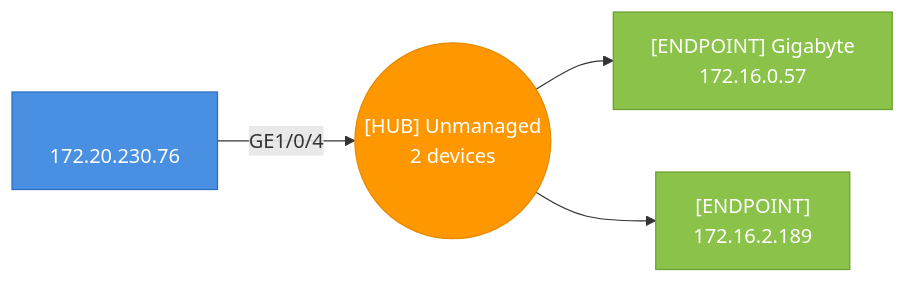
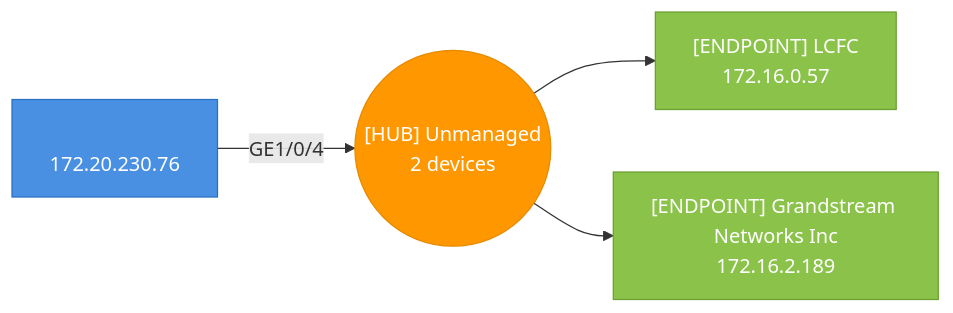
The fifth of 51 diagrams in testdata/golden/audit_esxi_sections.md (djamic/LLDP-Skanner-Go), drawn with Mermaid before and after one commit. The commit also changed other lines of this file and 16 other files, not shown here.

````diff
--- a/testdata/golden/audit_esxi_sections.md
+++ b/testdata/golden/audit_esxi_sections.md
@@ -127,14 +104,14 @@
 ```mermaid
 graph LR
   hub_4caea38decc1_p4(("[HUB] Unmanaged<br>2 devices"))
   4caea38decc1["<br>172.20.230.76"]
   4caea38decc1-- "GE1/0/4" -->hub_4caea38decc1_p4
   style 4caea38decc1 fill:#4A90E2,stroke:#2A6FC2,color:#fff
-  902e169d3d37["[ENDPOINT] Gigabyte<br>172.16.0.57"]
+  902e169d3d37["[ENDPOINT] LCFC<br>172.16.0.57"]
   hub_4caea38decc1_p4-->902e169d3d37
   style 902e169d3d37 fill:#8BC34A,stroke:#6B9F30,color:#fff
-  ec74d764cb9f["[ENDPOINT]<br>172.16.2.189"]
+  ec74d764cb9f["[ENDPOINT] Grandstream Networks Inc<br>172.16.2.189"]
   hub_4caea38decc1_p4-->ec74d764cb9f
   style ec74d764cb9f fill:#8BC34A,stroke:#6B9F30,color:#fff
   style hub_4caea38decc1_p4 fill:#FF9800,stroke:#E68A00,color:#fff
 ```
````
